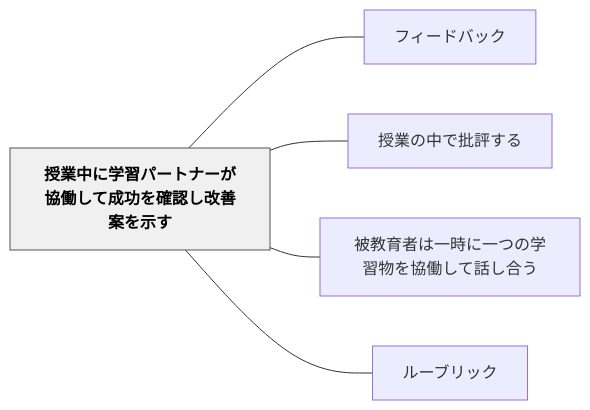
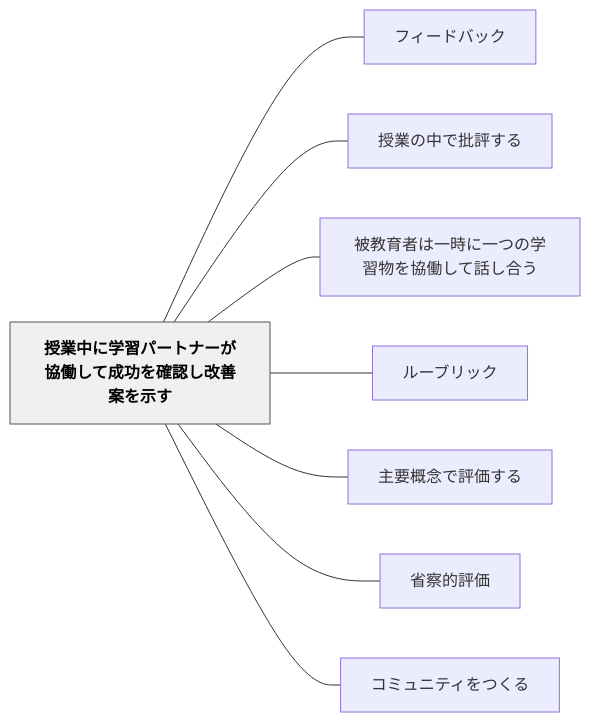
Before and after one commit to unknownthings-ed-patterns/unknownthings-ed-patterns: the diagram in content/パタン/授業中に学習パートナーが協働して成功を確認し改善案を示す.md, drawn with Mermaid. The commit also changed other lines of this file and 71 other files, not shown here.

````diff
--- a/content/パタン/授業中に学習パートナーが協働して成功を確認し改善案を示す.md
+++ b/content/パタン/授業中に学習パートナーが協働して成功を確認し改善案を示す.md
@@ -52,16 +55,22 @@
 ```mermaid
 flowchart LR
     ne68e88e6a5ade4b8ade381abe5ada6e7bf92e38391e383bce38388e3838ae383bce3818ce58d94e5838de38197e381a6e68890e58a9fe38292e7a2bae8aa8de38197e694b9e59684e6a188e38292e7a4bae38199["授業中に学習パートナーが協働して成功を確認し改善案を示す"]
     ne38395e382a3e383bce38389e38390e38383e382af["フィードバック"]
     ne68e88e6a5ade381aee4b8ade381a7e689b9e8a995e38199e3828b["授業の中で批評する"]
     ne8a2abe69599e882b2e88085e381afe4b880e69982e381abe4b880e381a4e381aee5ada6e7bf92e789a9e38292e58d94e5838de38197e381a6e8a9b1e38197e59088e38186["被教育者は一時に一つの学習物を協働して話し合う"]
     ne383abe383bce38396e383aae38383e382af["ルーブリック"]
+    ne4b8bbe8a681e6a682e5bfb5e381a7e8a995e4bea1e38199e3828b["主要概念で評価する"]
+    ne79c81e5af9fe79a84e8a995e4bea1["省察的評価"]
+    ne382b3e3839fe383a5e3838be38386e382a3e38292e381a4e3818fe3828b["コミュニティをつくる"]
 
     ne68e88e6a5ade4b8ade381abe5ada6e7bf92e38391e383bce38388e3838ae383bce3818ce58d94e5838de38197e381a6e68890e58a9fe38292e7a2bae8aa8de38197e694b9e59684e6a188e38292e7a4bae38199 --- ne38395e382a3e383bce38389e38390e38383e382af
     ne68e88e6a5ade4b8ade381abe5ada6e7bf92e38391e383bce38388e3838ae383bce3818ce58d94e5838de38197e381a6e68890e58a9fe38292e7a2bae8aa8de38197e694b9e59684e6a188e38292e7a4bae38199 --- ne68e88e6a5ade381aee4b8ade381a7e689b9e8a995e38199e3828b
     ne68e88e6a5ade4b8ade381abe5ada6e7bf92e38391e383bce38388e3838ae383bce3818ce58d94e5838de38197e381a6e68890e58a9fe38292e7a2bae8aa8de38197e694b9e59684e6a188e38292e7a4bae38199 --- ne8a2abe69599e882b2e88085e381afe4b880e69982e381abe4b880e381a4e381aee5ada6e7bf92e789a9e38292e58d94e5838de38197e381a6e8a9b1e38197e59088e38186
     ne68e88e6a5ade4b8ade381abe5ada6e7bf92e38391e383bce38388e3838ae383bce3818ce58d94e5838de38197e381a6e68890e58a9fe38292e7a2bae8aa8de38197e694b9e59684e6a188e38292e7a4bae38199 --- ne383abe383bce38396e383aae38383e382af
+    ne68e88e6a5ade4b8ade381abe5ada6e7bf92e38391e383bce38388e3838ae383bce3818ce58d94e5838de38197e381a6e68890e58a9fe38292e7a2bae8aa8de38197e694b9e59684e6a188e38292e7a4bae38199 --- ne4b8bbe8a681e6a682e5bfb5e381a7e8a995e4bea1e38199e3828b
+    ne68e88e6a5ade4b8ade381abe5ada6e7bf92e38391e383bce38388e3838ae383bce3818ce58d94e5838de38197e381a6e68890e58a9fe38292e7a2bae8aa8de38197e694b9e59684e6a188e38292e7a4bae38199 --- ne79c81e5af9fe79a84e8a995e4bea1
+    ne68e88e6a5ade4b8ade381abe5ada6e7bf92e38391e383bce38388e3838ae383bce3818ce58d94e5838de38197e381a6e68890e58a9fe38292e7a2bae8aa8de38197e694b9e59684e6a188e38292e7a4bae38199 --- ne382b3e3839fe383a5e3838be38386e382a3e38292e381a4e3818fe3828b
 
     classDef hub fill:#f0f0f0,stroke:#555,color:#000,font-weight:bold
     class ne68e88e6a5ade4b8ade381abe5ada6e7bf92e38391e383bce38388e3838ae383bce3818ce58d94e5838de38197e381a6e68890e58a9fe38292e7a2bae8aa8de38197e694b9e59684e6a188e38292e7a4bae38199 hub
 ```
````
